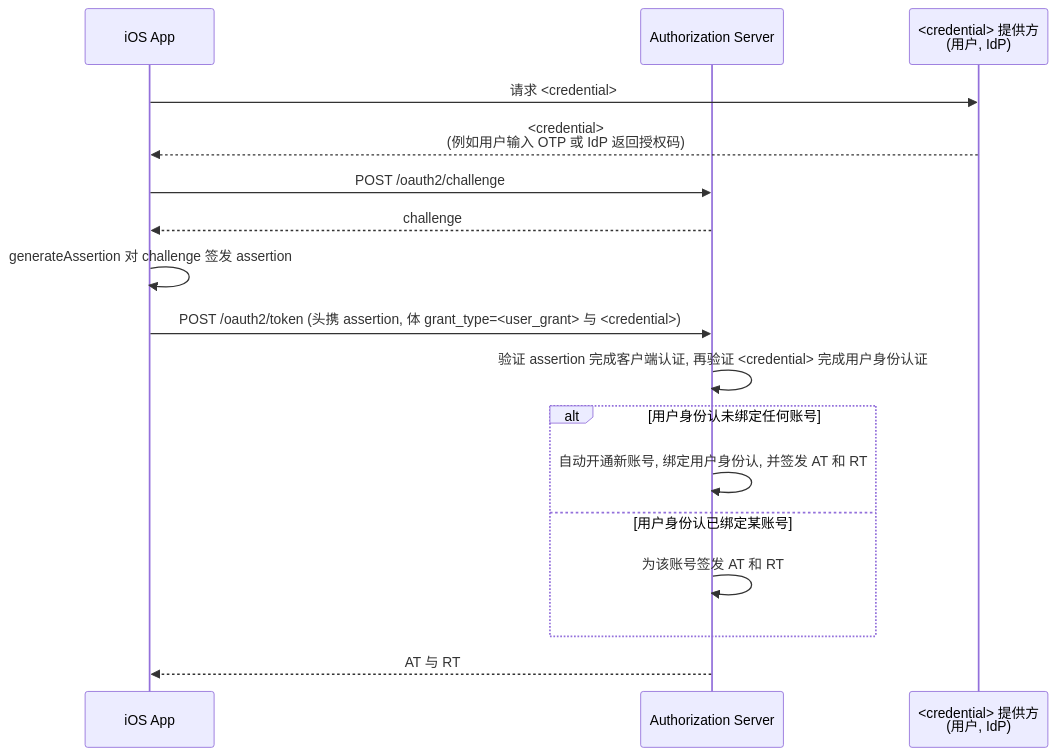
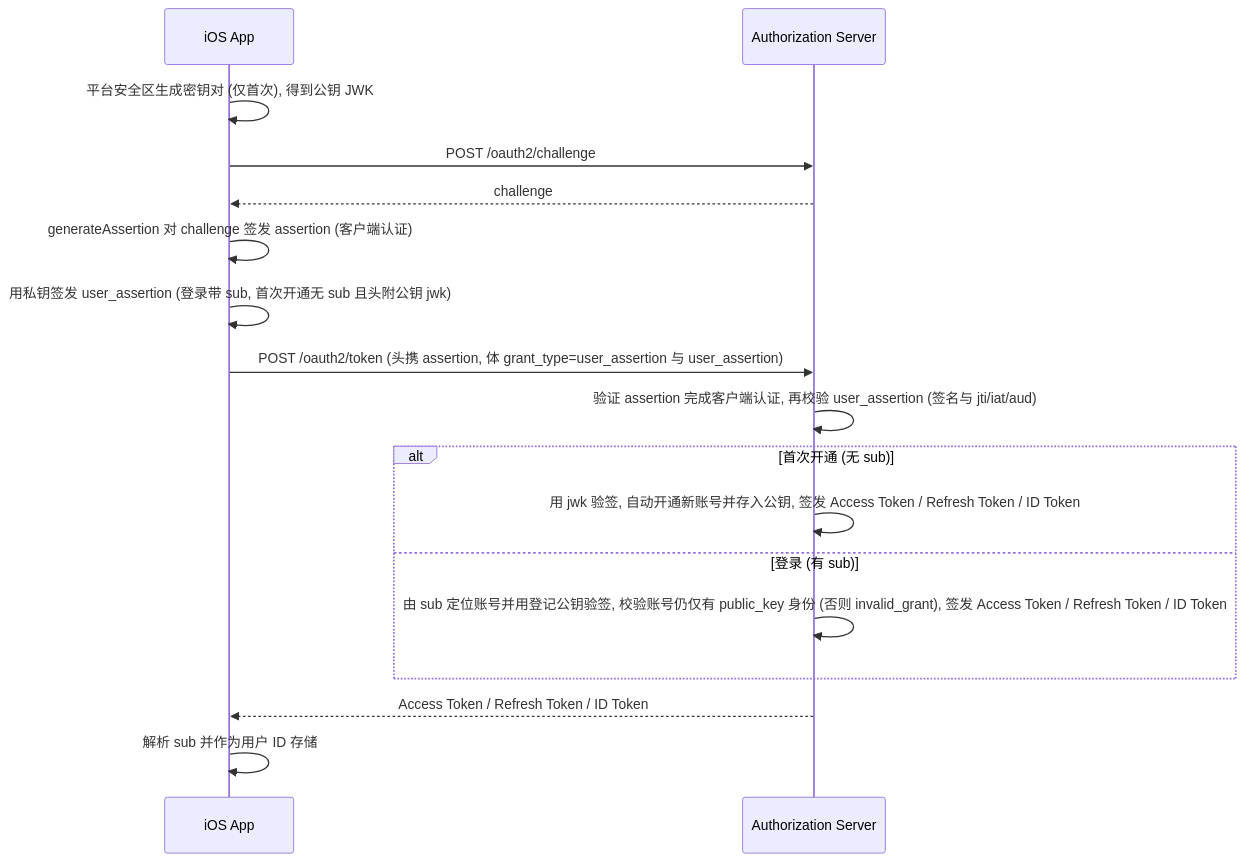
Before and after one commit to euler-projects/demo: the fourth of 6 diagrams in user-center/doc/apis/zh-cn/app-attest-login/v2/App-Attest-Login.md, drawn with Mermaid. The commit also changed other lines of this file, not shown here.

Commit message:
docs(app-attest): rework login docs

````diff
--- a/user-center/doc/apis/zh-cn/app-attest-login/v2/App-Attest-Login.md
+++ b/user-center/doc/apis/zh-cn/app-attest-login/v2/App-Attest-Login.md
@@ -188,19 +209,19 @@
 ```mermaid
 sequenceDiagram
     participant App as iOS App
     participant Server as Authorization Server
-    participant CP as <credential> 提供方<br>(用户, IdP)
-    App ->> CP: 请求 <credential>
-    CP -->> App: <credential><br>(例如用户输入 OTP 或 IdP 返回授权码)
+    App ->> App: 平台安全区生成密钥对 (仅首次), 得到公钥 JWK
     App ->> Server: POST /oauth2/challenge
     Server -->> App: challenge
-    App ->> App: generateAssertion 对 challenge 签发 assertion
-    App ->> Server: POST /oauth2/token (头携 assertion, 体 grant_type=<user_grant> 与 <credential>)
-    Server ->> Server: 验证 assertion 完成客户端认证, 再验证 <credential> 完成用户身份认证
-    alt 用户身份认未绑定任何账号
-        Server ->> Server: 自动开通新账号, 绑定用户身份认, 并签发 AT 和 RT
-    else 用户身份认已绑定某账号
-        Server ->> Server: 为该账号签发 AT 和 RT
+    App ->> App: generateAssertion 对 challenge 签发 assertion (客户端认证)
+    App ->> App: 用私钥签发 user_assertion (登录带 sub, 首次开通无 sub 且头附公钥 jwk)
+    App ->> Server: POST /oauth2/token (头携 assertion, 体 grant_type=user_assertion 与 user_assertion)
+    Server ->> Server: 验证 assertion 完成客户端认证, 再校验 user_assertion (签名与 jti/iat/aud)
+    alt 首次开通 (无 sub)
+        Server ->> Server: 用 jwk 验签, 自动开通新账号并存入公钥, 签发 Access Token / Refresh Token / ID Token
+    else 登录 (有 sub)
+        Server ->> Server: 由 sub 定位账号并用登记公钥验签, 校验账号仍仅有 public_key 身份 (否则 invalid_grant), 签发 Access Token / Refresh Token / ID Token
     end
-    Server -->> App: AT 与 RT
+    Server -->> App: Access Token / Refresh Token / ID Token
+    App ->> App: 解析 sub 并作为用户 ID 存储
 ```
````
